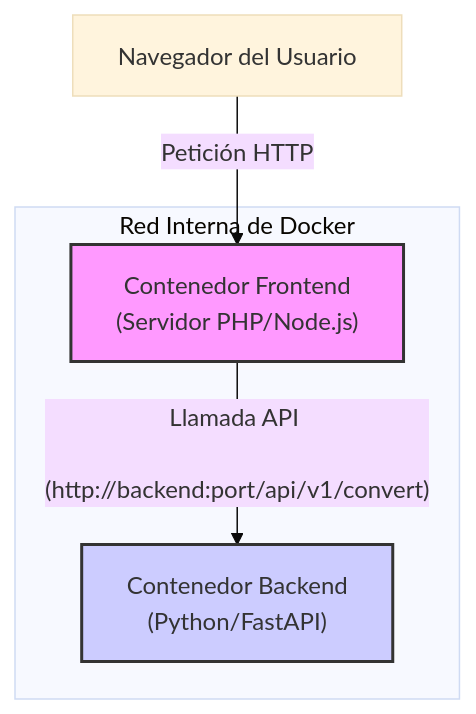
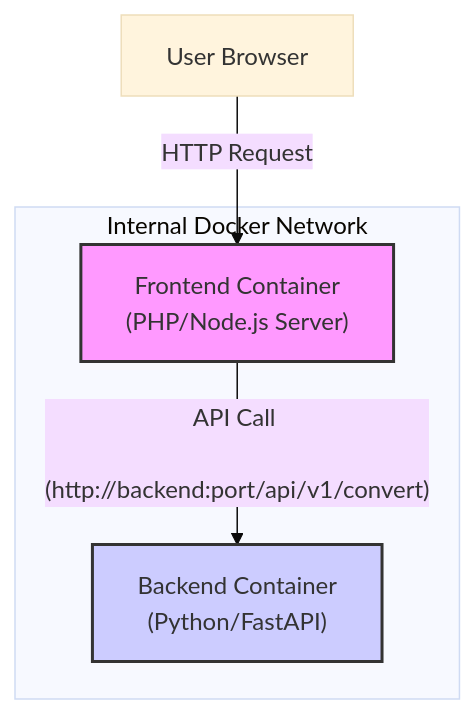
The first of 2 diagrams in docs/project-architecture.md (anorod/convert2QLC), drawn with Mermaid (base theme) before and after one commit. The commit also changed other lines of this file and 5 other files, not shown here.

````diff
--- a/docs/project-architecture.md
+++ b/docs/project-architecture.md
@@ -7,11 +7,11 @@
 ```mermaid
 graph TD
-    A["Navegador del Usuario"] -- "Petición HTTP" --> B["Contenedor Frontend <br> (Servidor PHP/Node.js)"];
+    A["User Browser"] -- "HTTP Request" --> B["Frontend Container <br> (PHP/Node.js Server)"];
     
-    subgraph "Red Interna de Docker"
-        B -- "Llamada API <br> (http://backend:port/api/v1/convert)" --> C["Contenedor Backend <br> (Python/FastAPI)"];
+    subgraph "Internal Docker Network"
+        B -- "API Call <br> (http://backend:port/api/v1/convert)" --> C["Backend Container <br> (Python/FastAPI)"];
     end
 
     style B fill:#f9f,stroke:#333,stroke-width:2px
     style C fill:#ccf,stroke:#333,stroke-width:2px
 ```
````
